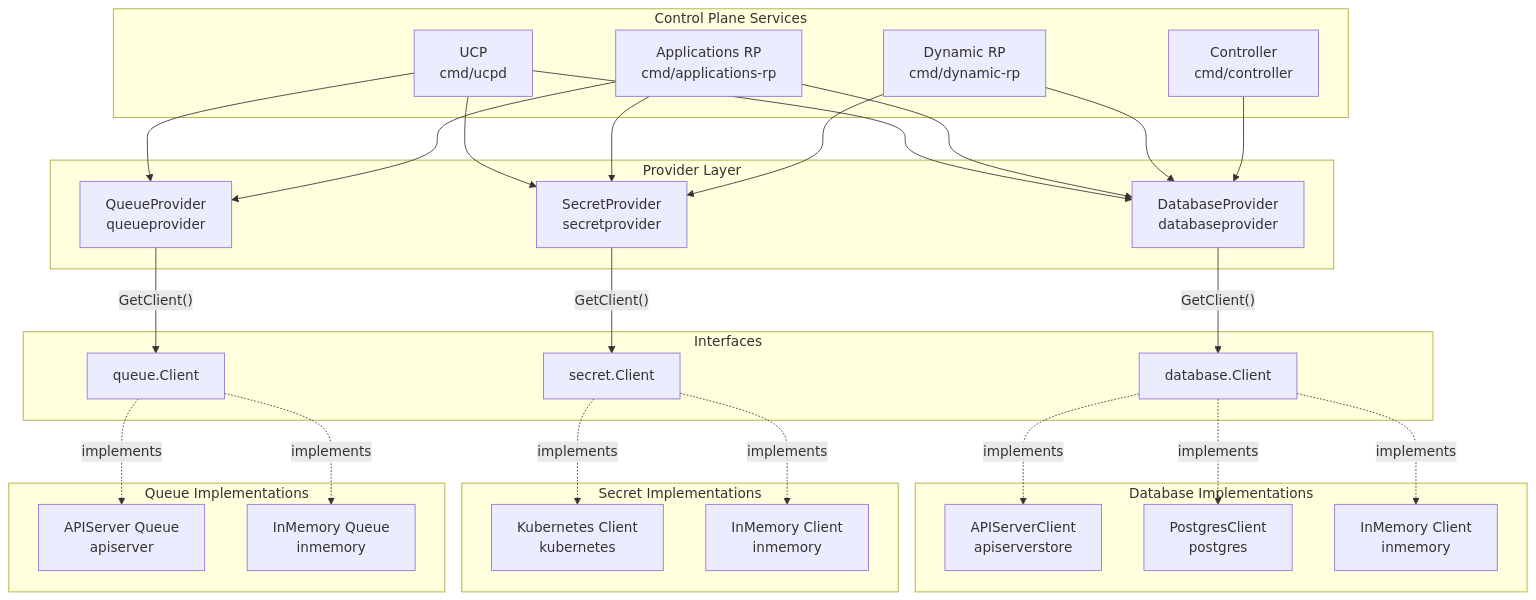
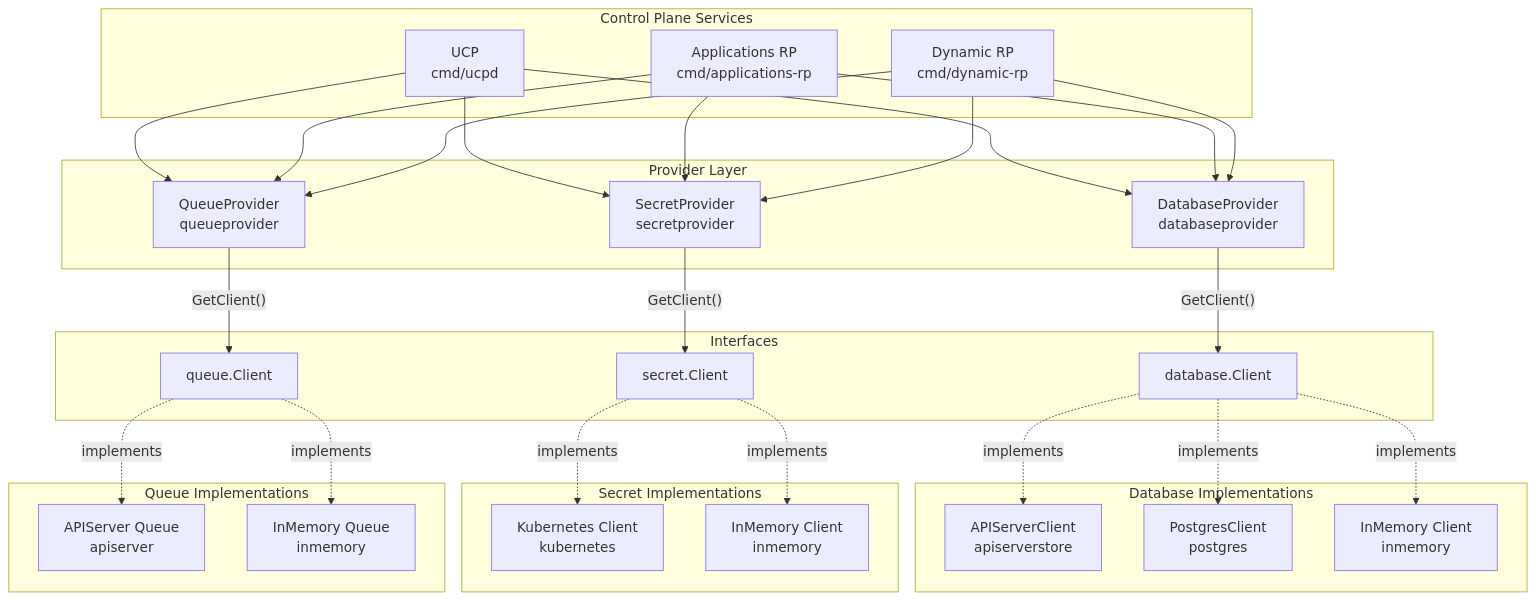
One commit to radius-project/radius changed the first of 4 diagrams in docs/architecture/state-persistence.md. Above: the diagram before and after it, drawn with Mermaid.

Commit message:
review comments

````diff
--- a/docs/architecture/state-persistence.md
+++ b/docs/architecture/state-persistence.md
@@ -9,61 +9,60 @@
 ```mermaid
 graph TD
     subgraph "Control Plane Services"
         UCP["UCP<br/>cmd/ucpd"]
         CoreRP["Applications RP<br/>cmd/applications-rp"]
         DynRP["Dynamic RP<br/>cmd/dynamic-rp"]
-        Controller["Controller<br/>cmd/controller"]
     end
 
     subgraph "Provider Layer"
         DBProvider["DatabaseProvider<br/>databaseprovider"]
         SecretProvider["SecretProvider<br/>secretprovider"]
         QueueProvider["QueueProvider<br/>queueprovider"]
     end
 
     subgraph "Interfaces"
         DBClient["database.Client"]
         SecretClient["secret.Client"]
         QueueClient["queue.Client"]
     end
 
     subgraph "Database Implementations"
         APIServer["APIServerClient<br/>apiserverstore"]
         Postgres["PostgresClient<br/>postgres"]
         InMemDB["InMemory Client<br/>inmemory"]
     end
 
     subgraph "Secret Implementations"
         K8sSecret["Kubernetes Client<br/>kubernetes"]
         InMemSecret["InMemory Client<br/>inmemory"]
     end
 
     subgraph "Queue Implementations"
         APIServerQ["APIServer Queue<br/>apiserver"]
         InMemQ["InMemory Queue<br/>inmemory"]
     end
 
     UCP --> DBProvider
     UCP --> SecretProvider
     UCP --> QueueProvider
     CoreRP --> DBProvider
     CoreRP --> SecretProvider
     CoreRP --> QueueProvider
     DynRP --> DBProvider
     DynRP --> SecretProvider
-    Controller --> DBProvider
+    DynRP --> QueueProvider
 
     DBProvider -->|"GetClient()"| DBClient
     SecretProvider -->|"GetClient()"| SecretClient
     QueueProvider -->|"GetClient()"| QueueClient
 
     DBClient -.->|implements| APIServer
     DBClient -.->|implements| Postgres
     DBClient -.->|implements| InMemDB
 
     SecretClient -.->|implements| K8sSecret
     SecretClient -.->|implements| InMemSecret
 
     QueueClient -.->|implements| APIServerQ
     QueueClient -.->|implements| InMemQ
 ```
````
